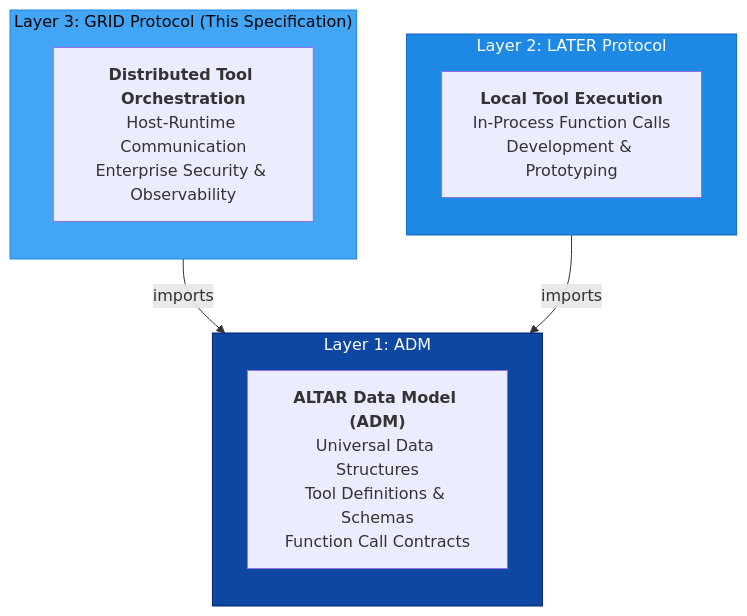
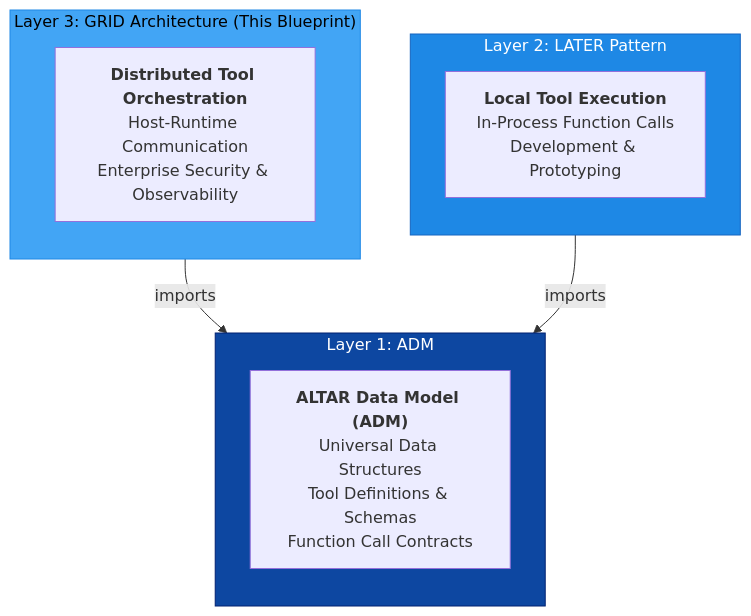
Before and after one commit to nshkrdotcom/ALTAR: the first of 21 diagrams in priv/docs/specs/03-grid-protocol/grid-protocol.md, drawn with Mermaid. The commit also changed other lines of this file and 3 other files, not shown here.

````diff
--- a/priv/docs/specs/03-grid-protocol/grid-protocol.md
+++ b/priv/docs/specs/03-grid-protocol/grid-protocol.md
@@ -22,24 +22,24 @@
 ```mermaid
 graph TB
-    subgraph L3["Layer&nbsp;3:&nbsp;GRID&nbsp;Protocol&nbsp;(This&nbsp;Specification)"]
+    subgraph L3["Layer&nbsp;3:&nbsp;GRID&nbsp;Architecture&nbsp;(This&nbsp;Blueprint)"]
         direction TB
         A["<strong>Distributed Tool Orchestration</strong><br/>Host-Runtime Communication<br/>Enterprise Security & Observability"]
     end
 
-    subgraph L2["Layer&nbsp;2:&nbsp;LATER&nbsp;Protocol"]
+    subgraph L2["Layer&nbsp;2:&nbsp;LATER&nbsp;Pattern"]
         direction TB
         B["<strong>Local Tool Execution</strong><br/>In-Process Function Calls<br/>Development & Prototyping"]
     end
 
     subgraph L1["Layer&nbsp;1:&nbsp;ADM"]
         direction TB
         C["<strong>ALTAR Data Model (ADM)</strong><br/>Universal Data Structures<br/>Tool Definitions & Schemas<br/>Function Call Contracts"]
     end
 
     L3 -- imports --> L1
     L2 -- imports --> L1
 
     style L3 fill:#42a5f5,stroke:#1e88e5,color:#000000
     style L2 fill:#1e88e5,stroke:#1565c0,color:#ffffff
     style L1 fill:#0d47a1,stroke:#002171,color:#ffffff
 ```
````
